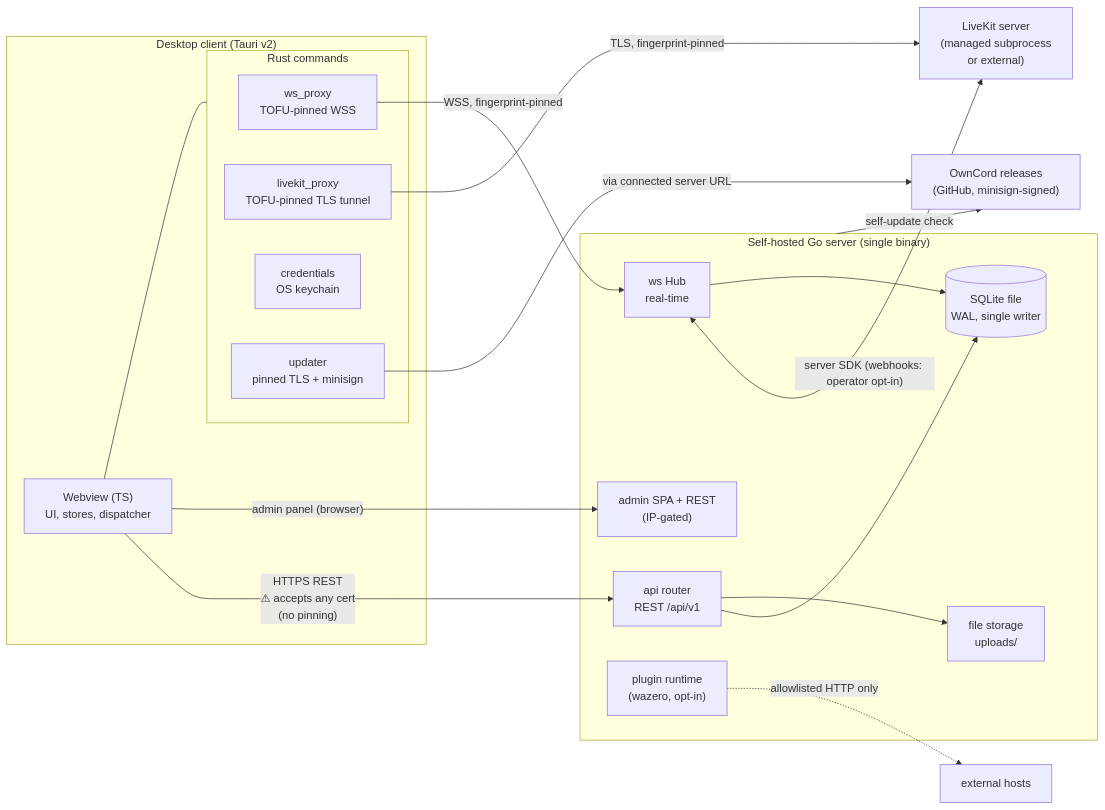
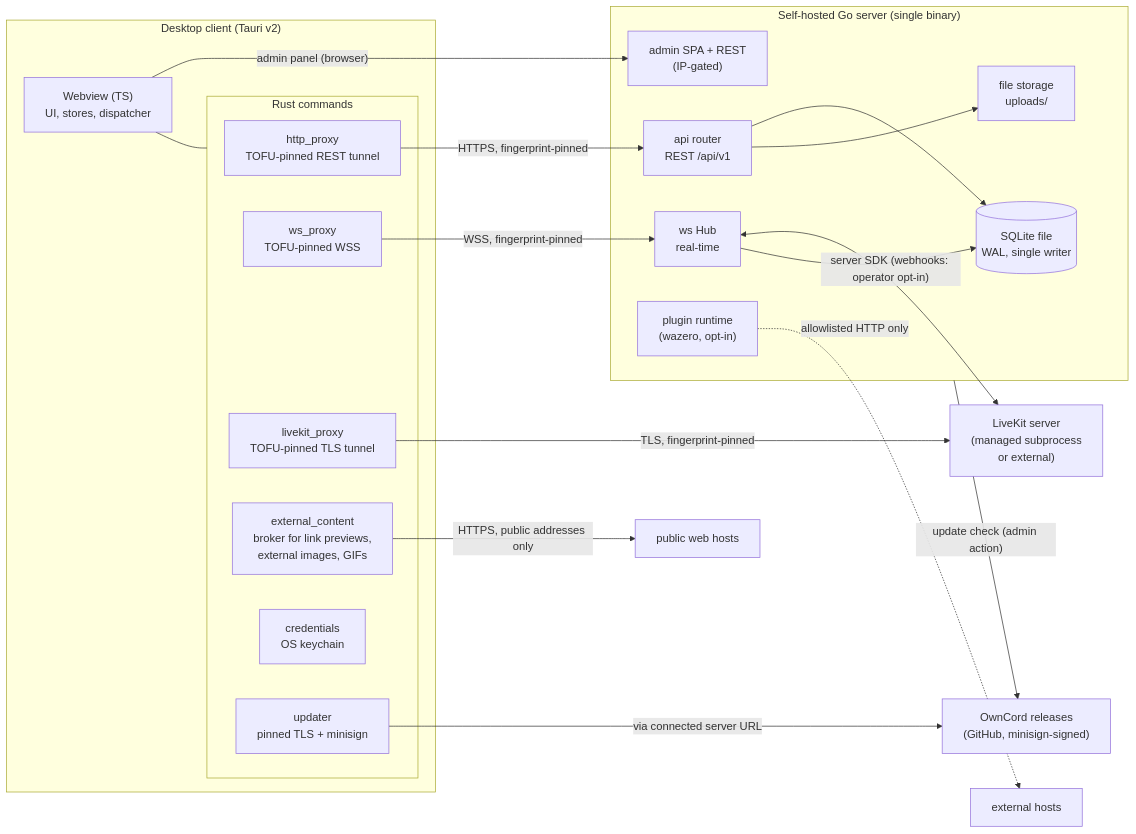
The first of 2 diagrams in docs/architecture/system-overview.md (J3vb/OwnCord), drawn with Mermaid before and after one commit. The commit also changed other lines of this file and 15 other files, not shown here.

First line of the commit message:
docs(architecture): refresh reference docs against dev and simplify wording

````diff
--- a/docs/architecture/system-overview.md
+++ b/docs/architecture/system-overview.md
@@ -11,37 +19,41 @@
 ```mermaid
 flowchart LR
     subgraph desktop ["Desktop client (Tauri v2)"]
         WV["Webview (TS)<br/>UI, stores, dispatcher"]
         subgraph sidecars ["Rust commands"]
+            HTP["http_proxy<br/>TOFU-pinned REST tunnel"]
             WSP["ws_proxy<br/>TOFU-pinned WSS"]
             LKP["livekit_proxy<br/>TOFU-pinned TLS tunnel"]
+            EXT["external_content<br/>broker for link previews,<br/>external images, GIFs"]
             CRD["credentials<br/>OS keychain"]
             UPD["updater<br/>pinned TLS + minisign"]
         end
         WV --- sidecars
     end
 
     subgraph server ["Self-hosted Go server (single binary)"]
         RTR["api router<br/>REST /api/v1"]
         HUB["ws Hub<br/>real-time"]
         ADM["admin SPA + REST<br/>(IP-gated)"]
         PLG["plugin runtime<br/>(wazero, opt-in)"]
         DBF[("SQLite file<br/>WAL, single writer")]
         UPS["file storage<br/>uploads/"]
     end
 
     LK["LiveKit server<br/>(managed subprocess<br/>or external)"]
     REL["OwnCord releases<br/>(GitHub, minisign-signed)"]
+    WEB["public web hosts"]
 
-    WV -->|"HTTPS REST<br/>⚠ accepts any cert<br/>(no pinning)"| RTR
+    HTP -->|"HTTPS, fingerprint-pinned"| RTR
     WSP -->|"WSS, fingerprint-pinned"| HUB
     LKP -->|"TLS, fingerprint-pinned"| LK
+    EXT -->|"HTTPS, public addresses only"| WEB
     WV -->|"admin panel (browser)"| ADM
     HUB <-->|"server SDK (webhooks: operator opt-in)"| LK
     RTR --> DBF
     HUB --> DBF
     RTR --> UPS
     PLG -.->|"allowlisted HTTP only"| NET["external hosts"]
     UPD -->|"via connected server URL"| REL
-    server -->|"self-update check"| REL
+    server -->|"update check (admin action)"| REL
 ```
````
